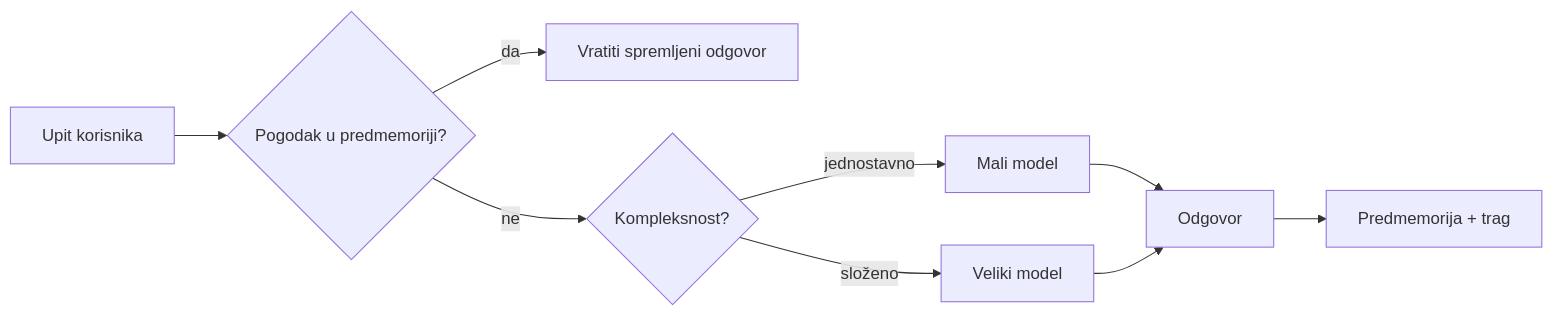
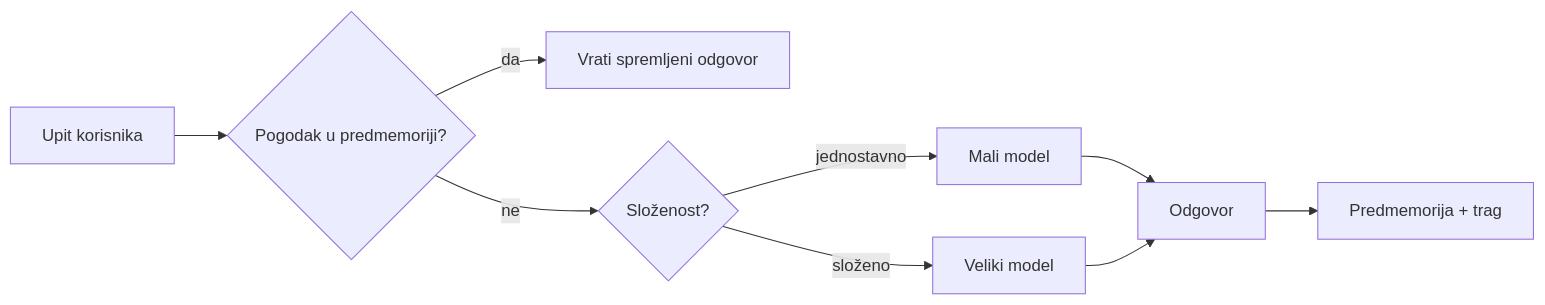
One commit to gabrielmoreira/agent-skills-mirror changed the third of 4 diagrams in mirrors/repos/microsoft@ai-agents-for-beginners/translations/hr/16-deploying-scalable-agents/README.md. Above: the diagram before and after it, drawn with Mermaid. The commit also changed other lines of this file and 4262 other files, not shown here.

````diff
--- a/mirrors/repos/microsoft@ai-agents-for-beginners/translations/hr/16-deploying-scalable-agents/README.md
+++ b/mirrors/repos/microsoft@ai-agents-for-beginners/translations/hr/16-deploying-scalable-agents/README.md
@@ -134,11 +134,11 @@
 ```mermaid
 flowchart LR
     Q[Upit korisnika] --> C{Pogodak u predmemoriji?}
-    C -->|da| R[Vratiti spremljeni odgovor]
-    C -->|ne| Router{Kompleksnost?}
+    C -->|da| R[Vrati spremljeni odgovor]
+    C -->|ne| Router{Složenost?}
     Router -->|jednostavno| SLM[Mali model]
     Router -->|složeno| LLM[Veliki model]
     SLM --> Out[Odgovor]
     LLM --> Out
     Out --> Store[Predmemorija + trag]
 ```
````
